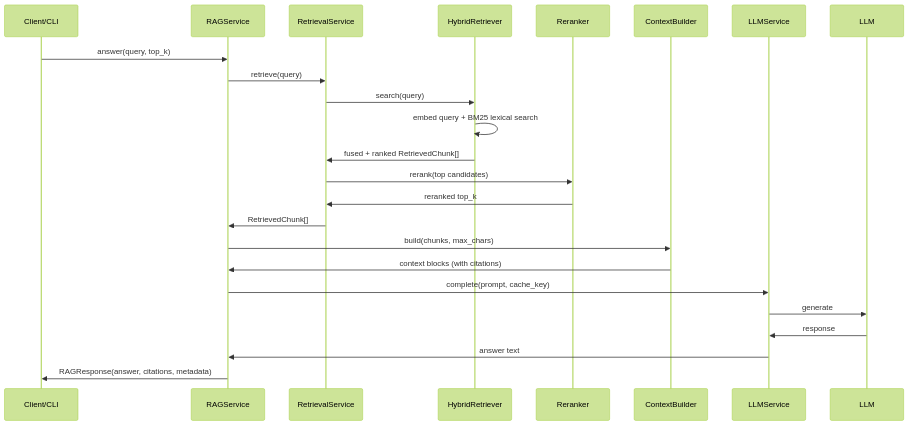
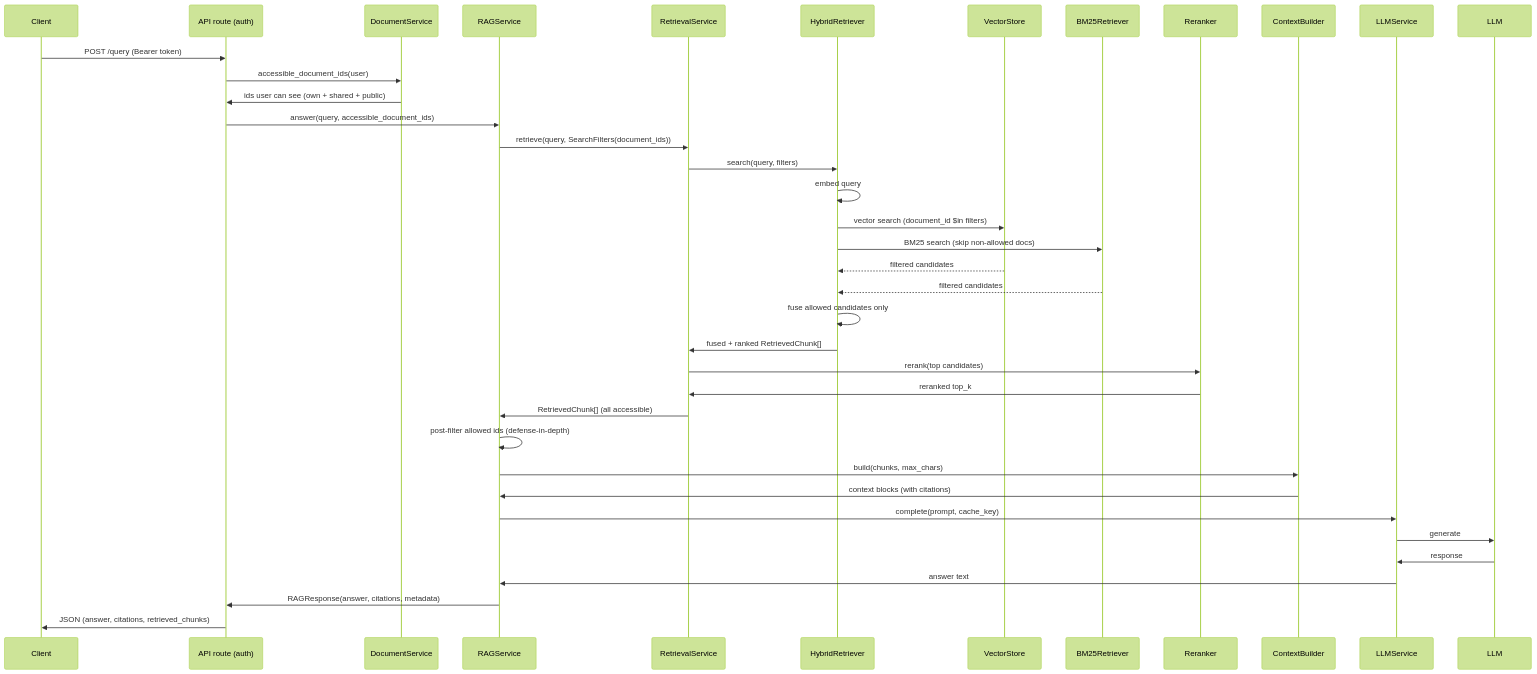
One commit to AnshumanRoy/Hybrid-Search changed the second of 3 diagrams in docs/architecture.md. Above: the diagram before and after it, drawn with Mermaid (forest theme). The commit also changed other lines of this file and 45 other files, not shown here.

First line of the commit message:
feat: multi-user auth, document sharing, and access-scoped retrieval

````diff
--- a/docs/architecture.md
+++ b/docs/architecture.md
@@ -113,27 +143,41 @@
 ```mermaid
 sequenceDiagram
-    participant C as Client/CLI
+    participant C as Client
+    participant A as API route (auth)
+    participant D as DocumentService
     participant RAG as RAGService
     participant RS as RetrievalService
     participant H as HybridRetriever
+    participant VS as VectorStore
+    participant BM as BM25Retriever
     participant RR as Reranker
     participant CB as ContextBuilder
     participant LS as LLMService
     participant L as LLM
 
-    C->>RAG: answer(query, top_k)
-    RAG->>RS: retrieve(query)
-    RS->>H: search(query)
-    H->>H: embed query + BM25 lexical search
+    C->>A: POST /query (Bearer token)
+    A->>D: accessible_document_ids(user)
+    D->>A: ids user can see (own + shared + public)
+    A->>RAG: answer(query, accessible_document_ids)
+    RAG->>RS: retrieve(query, SearchFilters(document_ids))
+    RS->>H: search(query, filters)
+    H->>H: embed query
+    H->>VS: vector search (document_id $in filters)
+    H->>BM: BM25 search (skip non-allowed docs)
+    VS-->>H: filtered candidates
+    BM-->>H: filtered candidates
+    H->>H: fuse allowed candidates only
     H->>RS: fused + ranked RetrievedChunk[]
     RS->>RR: rerank(top candidates)
     RR->>RS: reranked top_k
-    RS->>RAG: RetrievedChunk[]
+    RS->>RAG: RetrievedChunk[] (all accessible)
+    RAG->>RAG: post-filter allowed ids (defense-in-depth)
     RAG->>CB: build(chunks, max_chars)
     CB->>RAG: context blocks (with citations)
     RAG->>LS: complete(prompt, cache_key)
     LS->>L: generate
     L->>LS: response
     LS->>RAG: answer text
-    RAG->>C: RAGResponse(answer, citations, metadata)
+    RAG->>A: RAGResponse(answer, citations, metadata)
+    A->>C: JSON (answer, citations, retrieved_chunks)
 ```
````
